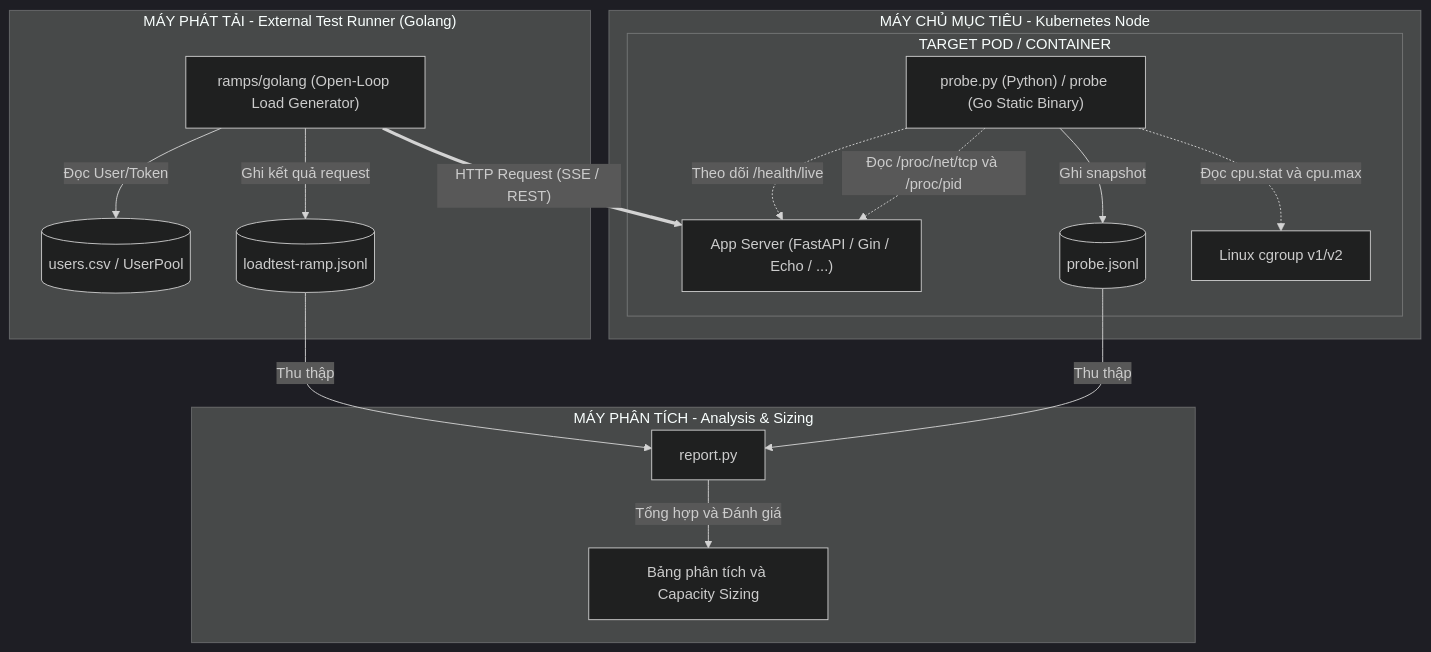
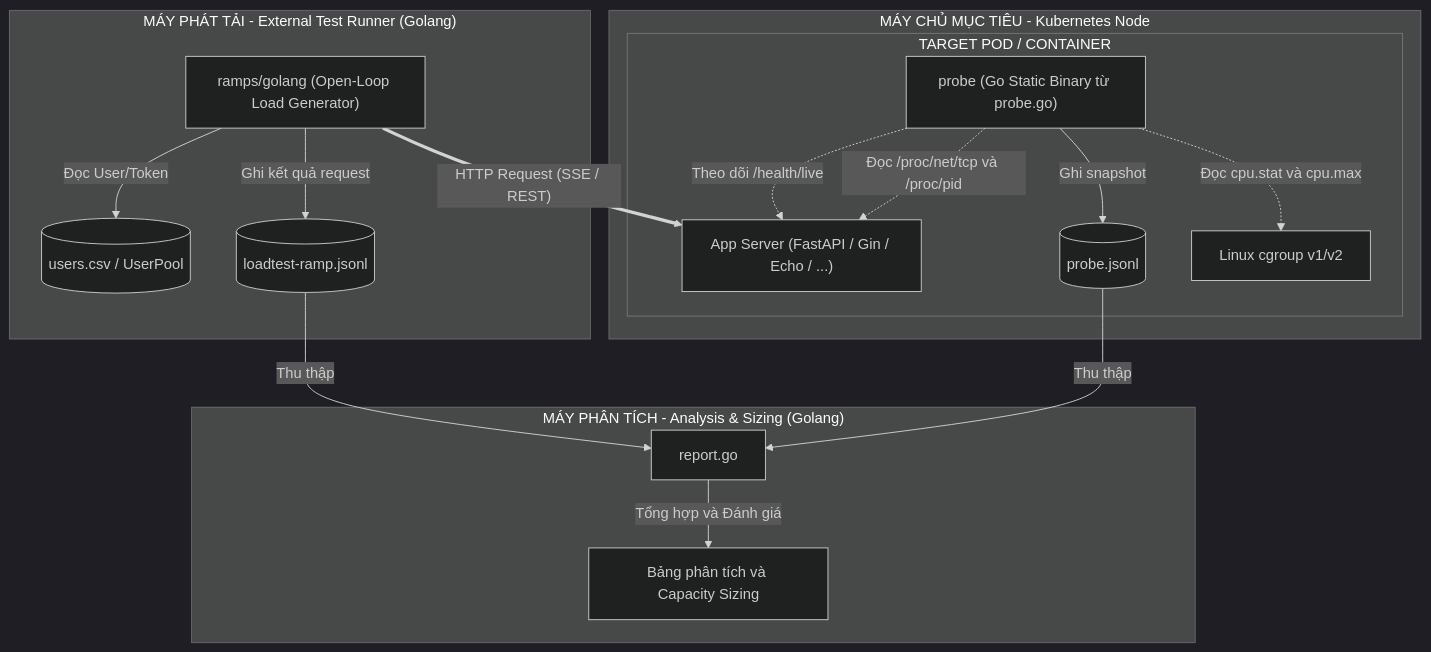
The first of 2 diagrams in README.md (duyhustvn/capsizer), drawn with Mermaid (dark theme) before and after one commit. The commit also changed other lines of this file and 10 other files, not shown here.

````diff
--- a/README.md
+++ b/README.md
@@ -37,33 +37,33 @@
 ```mermaid
 flowchart TD
     subgraph GeneratorHost["MÁY PHÁT TẢI - External Test Runner (Golang)"]
         Ramp["ramps/golang (Open-Loop Load Generator)"]
         UserCSV[("users.csv / UserPool")]
         RampOut[("loadtest-ramp.jsonl")]
         Ramp -->|Đọc User/Token| UserCSV
         Ramp -->|Ghi kết quả request| RampOut
     end
 
     subgraph K8sNode["MÁY CHỦ MỤC TIÊU - Kubernetes Node"]
         subgraph TargetPod["TARGET POD / CONTAINER"]
             AppServer["App Server (FastAPI / Gin / Echo / ...)"]
-            Probe["probe.py (Python) / probe (Go Static Binary)"]
+            Probe["probe (Go Static Binary từ probe.go)"]
             ProbeOut[("probe.jsonl")]
             
             Probe -->|Ghi snapshot| ProbeOut
             Probe -.->|Theo dõi /health/live| AppServer
             Probe -.->|Đọc /proc/net/tcp và /proc/pid| AppServer
             Probe -.->|Đọc cpu.stat và cpu.max| CGroup["Linux cgroup v1/v2"]
         end
     end
 
-    subgraph Analysis["MÁY PHÂN TÍCH - Analysis & Sizing"]
-        Report["report.py"]
+    subgraph Analysis["MÁY PHÂN TÍCH - Analysis & Sizing (Golang)"]
+        Report["report.go"]
         ReportTable["Bảng phân tích và Capacity Sizing"]
         RampOut -->|Thu thập| Report
         ProbeOut -->|Thu thập| Report
         Report -->|Tổng hợp và Đánh giá| ReportTable
     end
 
     Ramp ==>|"HTTP Request (SSE / REST)"| AppServer
 ```
````
